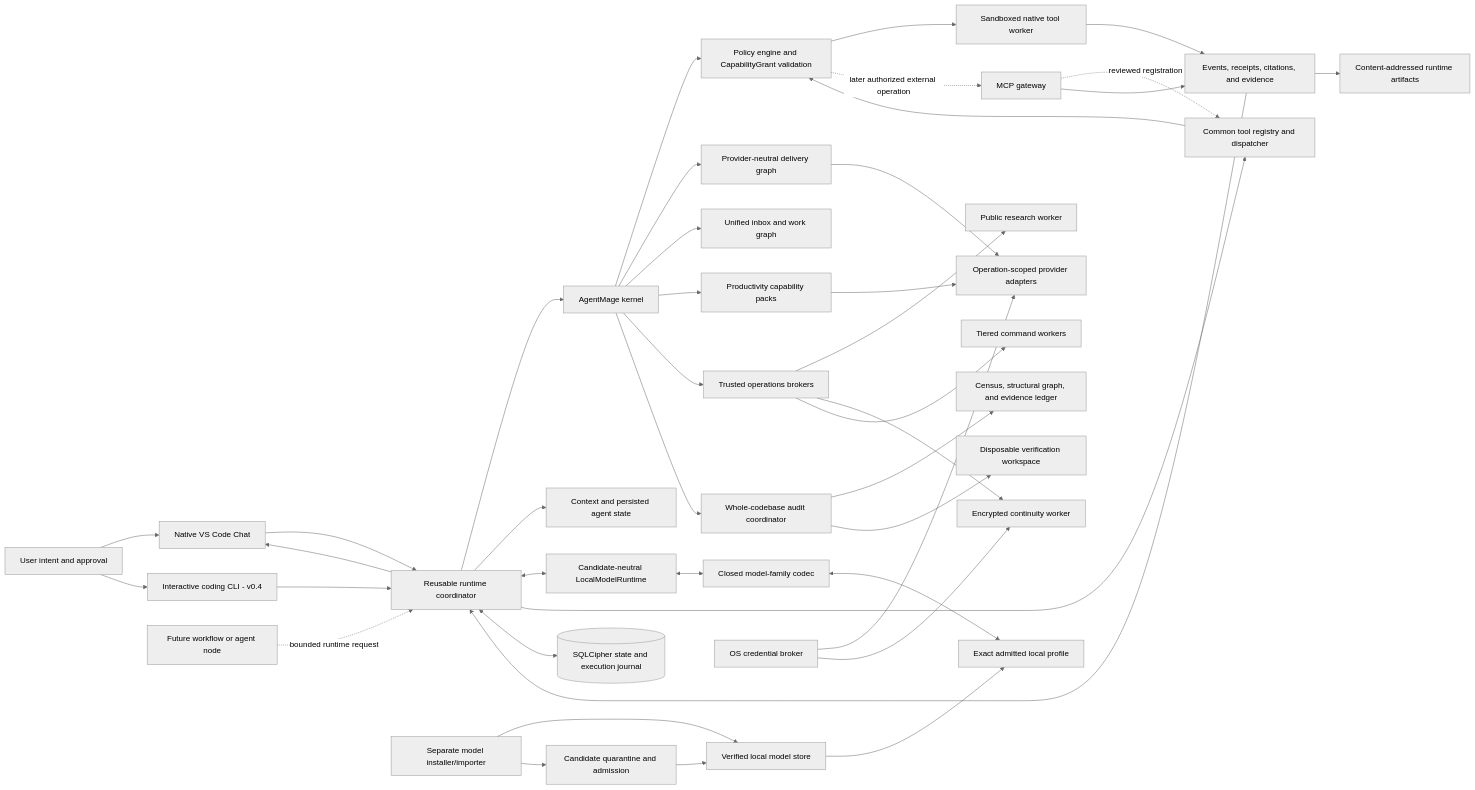
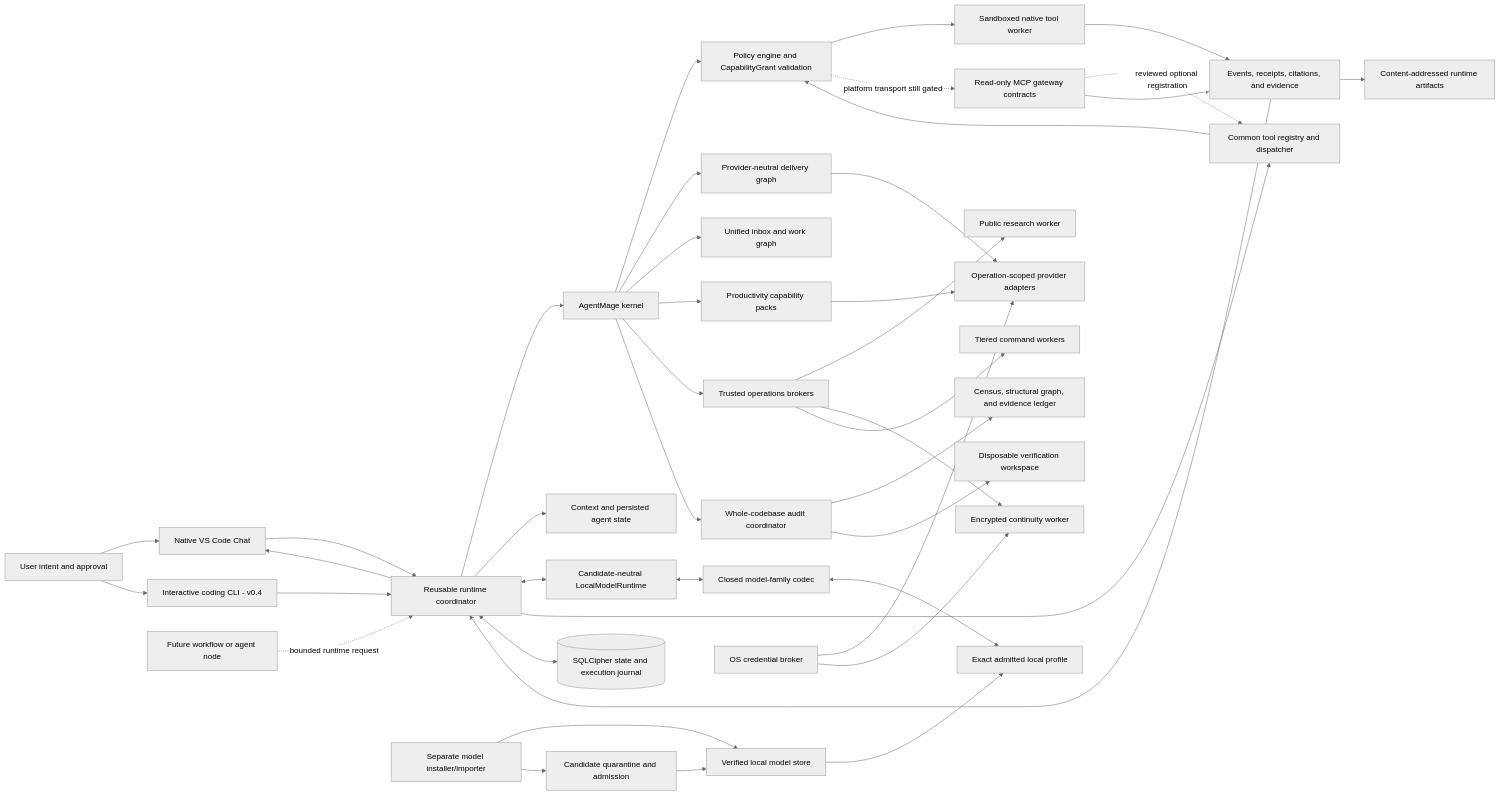
The first of 3 diagrams in README.md (AaronNHorvitz/AgentMage), drawn with Mermaid (neutral theme) before and after one commit. The commit also changed other lines of this file and 8 other files, not shown here.

````diff
--- a/README.md
+++ b/README.md
@@ -249,43 +249,43 @@
 ```mermaid
 flowchart LR
     U["User intent and approval"] --> V["Native VS Code Chat"]
     U --> CLI["Interactive coding CLI - v0.4"]
     V --> RC["Reusable runtime coordinator"]
     CLI --> RC
     FLOWNODE["Future workflow or agent node"] -. "bounded runtime request" .-> RC
     RC --> K["AgentMage kernel"]
     RC --> CTX["Context and persisted agent state"]
     K --> P["Policy engine and CapabilityGrant validation"]
     RC <--> M["Candidate-neutral LocalModelRuntime"]
     M <--> F["Closed model-family codec"]
     F <--> Q["Exact admitted local profile"]
     RC --> TR["Common tool registry and dispatcher"]
     TR --> P
     P --> T["Sandboxed native tool worker"]
-    MCP["MCP gateway"] -. "reviewed registration" .-> TR
-    P -. "later authorized external operation" .-> MCP
+    MCP["Read-only MCP gateway contracts"] -. "reviewed optional registration" .-> TR
+    P -. "platform transport still gated" .-> MCP
     T --> EV["Events, receipts, citations, and evidence"]
     MCP --> EV
     EV --> RC
     RC <--> S[("SQLCipher state and execution journal")]
     EV --> RA["Content-addressed runtime artifacts"]
     RC --> V
     I["Separate model installer/importer"] --> A["Verified local model store"]
     A --> Q
     K --> D["Provider-neutral delivery graph"]
     D --> C["Operation-scoped provider adapters"]
     K --> W["Unified inbox and work graph"]
     K --> X["Productivity capability packs"]
     X --> C
     K --> O["Trusted operations brokers"]
     O --> R["Public research worker"]
     O --> B["Encrypted continuity worker"]
     O --> H["Tiered command workers"]
     K --> Z["Whole-codebase audit coordinator"]
     Z --> Y["Census, structural graph, and evidence ledger"]
     Z --> J["Disposable verification workspace"]
     G["OS credential broker"] --> C
     G --> B
     I --> AQ["Candidate quarantine and admission"]
     AQ --> A
 ```
````
